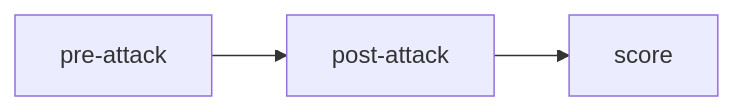
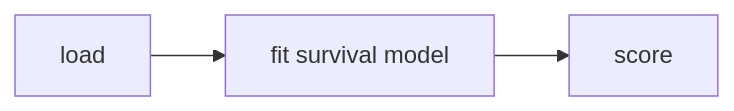
One commit to simplymathematics/deckard changed diagram 14 of 18 in docs/overview/flowcharts.md. Above: the diagram before and after it, drawn with Mermaid. The commit also changed other lines of this file and 28 other files, not shown here.

````diff
--- a/docs/overview/flowcharts.md
+++ b/docs/overview/flowcharts.md
@@ -262,5 +223,4 @@
 ```mermaid
 flowchart LR
-  A[pre-attack]:::attack --> B[post-attack]:::attack
-  B --> C[score]:::scores
+  A[load]:::data -->  B[fit survival model]:::model --> C[score]:::scores
 ```
````
